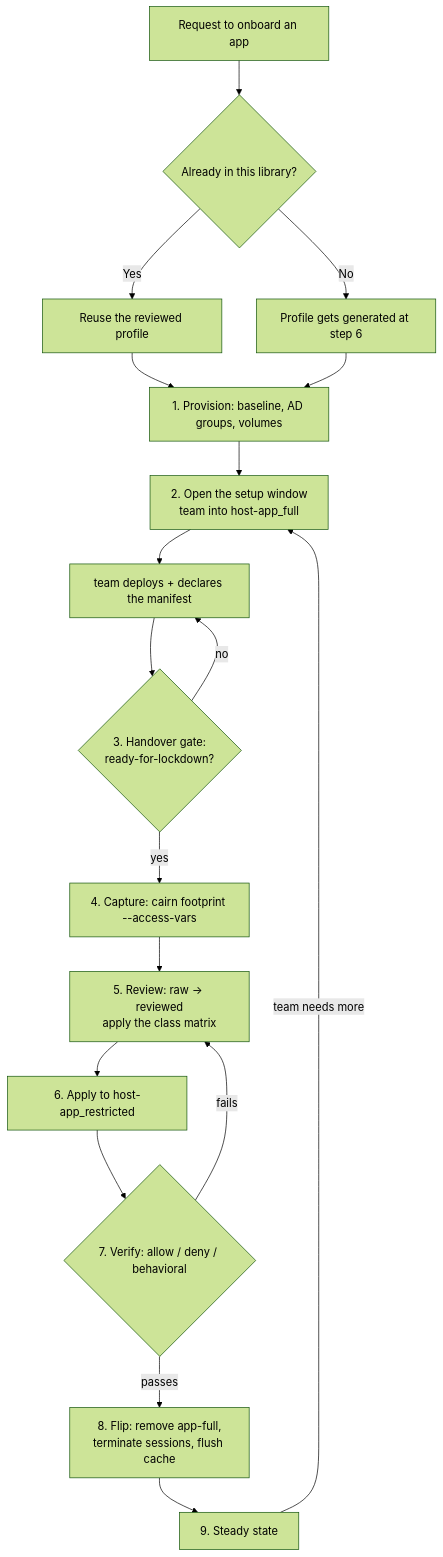
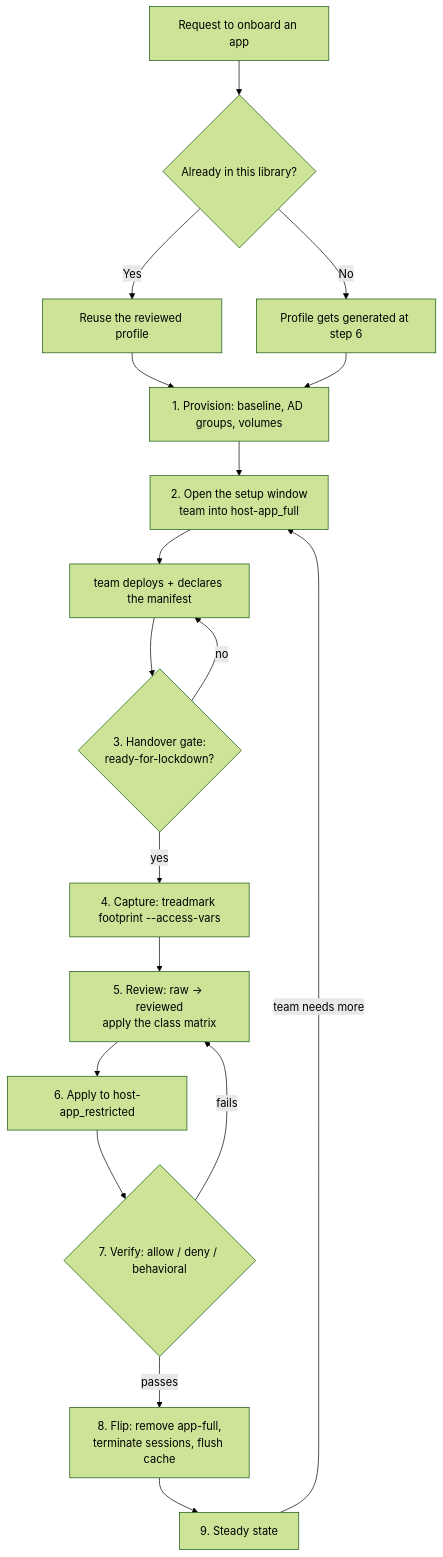
One commit to mcowser-p/declarative-access-profiles changed the diagram in docs/onboarding.md. Above: the diagram before and after it, drawn with Mermaid (forest theme). The commit also changed other lines of this file and 117 other files, not shown here.

First line of the commit message:
docs: cairn is now treadmark

````diff
--- a/docs/onboarding.md
+++ b/docs/onboarding.md
@@ -16,20 +16,20 @@
 ```mermaid
 flowchart TD
     A[Request to onboard an app] --> B{Already in this library?}
     B -->|Yes| C[Reuse the reviewed profile]
     B -->|No| D[Profile gets generated at step 6]
     C --> E
     D --> E[1. Provision: baseline, AD groups, volumes]
     E --> F[2. Open the setup window<br/>team into host-app_full]
     F --> G[team deploys + declares the manifest]
     G --> H{3. Handover gate:<br/>ready-for-lockdown?}
     H -->|no| G
-    H -->|yes| I[4. Capture: cairn footprint --access-vars]
+    H -->|yes| I[4. Capture: treadmark footprint --access-vars]
     I --> J[5. Review: raw → reviewed<br/>apply the class matrix]
     J --> K[6. Apply to host-app_restricted]
     K --> L{7. Verify: allow / deny / behavioral}
     L -->|fails| J
     L -->|passes| M[8. Flip: remove app-full,<br/>terminate sessions, flush cache]
     M --> N[9. Steady state]
     N -->|team needs more| F
 ```
````
